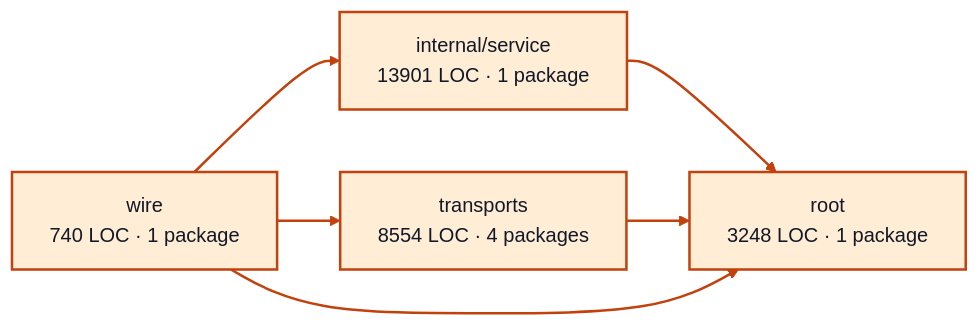
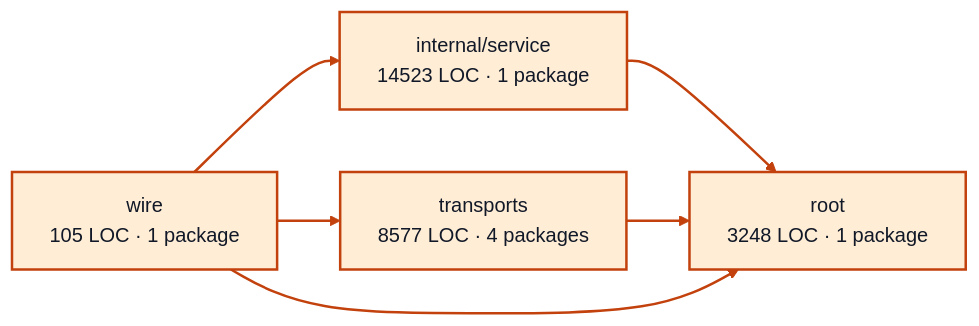
Before and after one commit to portpowered/you-agent-factory: the diagram in docs/architecture/visualizations/services/worker_sessions.md, drawn with Mermaid (base theme). The commit also changed other lines of this file and 20 other files, not shown here.

Commit message:
docs: refresh backend architecture visualizations

````diff
--- a/docs/architecture/visualizations/services/worker_sessions.md
+++ b/docs/architecture/visualizations/services/worker_sessions.md
@@ -11,17 +11,17 @@
 ```mermaid
 flowchart LR
-  p0["internal/service<br/>13901 LOC · 1 package"]
+  p0["internal/service<br/>14523 LOC · 1 package"]
   p1["root<br/>3248 LOC · 1 package"]
-  p2["transports<br/>8554 LOC · 4 packages"]
-  p3["wire<br/>740 LOC · 1 package"]
+  p2["transports<br/>8577 LOC · 4 packages"]
+  p3["wire<br/>105 LOC · 1 package"]
   p0 --> p1
   p2 --> p1
   p3 --> p0
   p3 --> p1
   p3 --> p2
   style p0 fill:#ffedd5,stroke:#c2410c,stroke-width:2px,color:#111827
   style p1 fill:#ffedd5,stroke:#c2410c,stroke-width:2px,color:#111827
   style p2 fill:#ffedd5,stroke:#c2410c,stroke-width:2px,color:#111827
   style p3 fill:#ffedd5,stroke:#c2410c,stroke-width:2px,color:#111827
   linkStyle default stroke:#c2410c,stroke-width:2px
 ```
````
